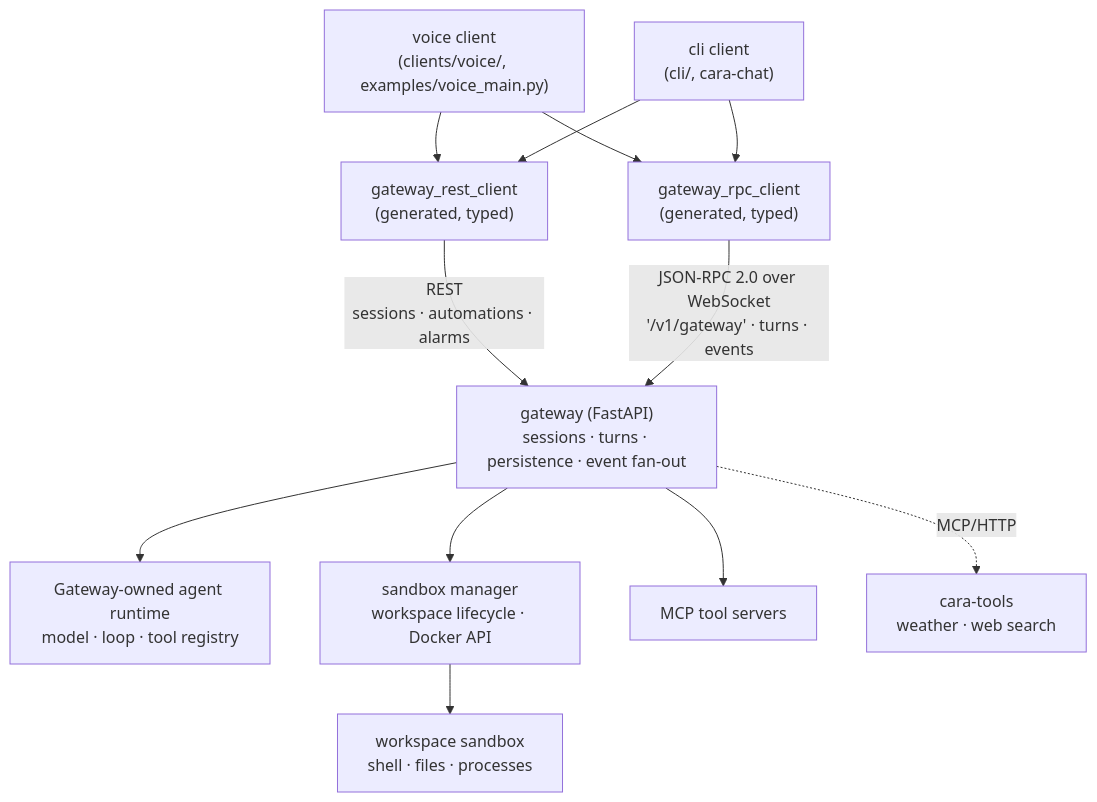
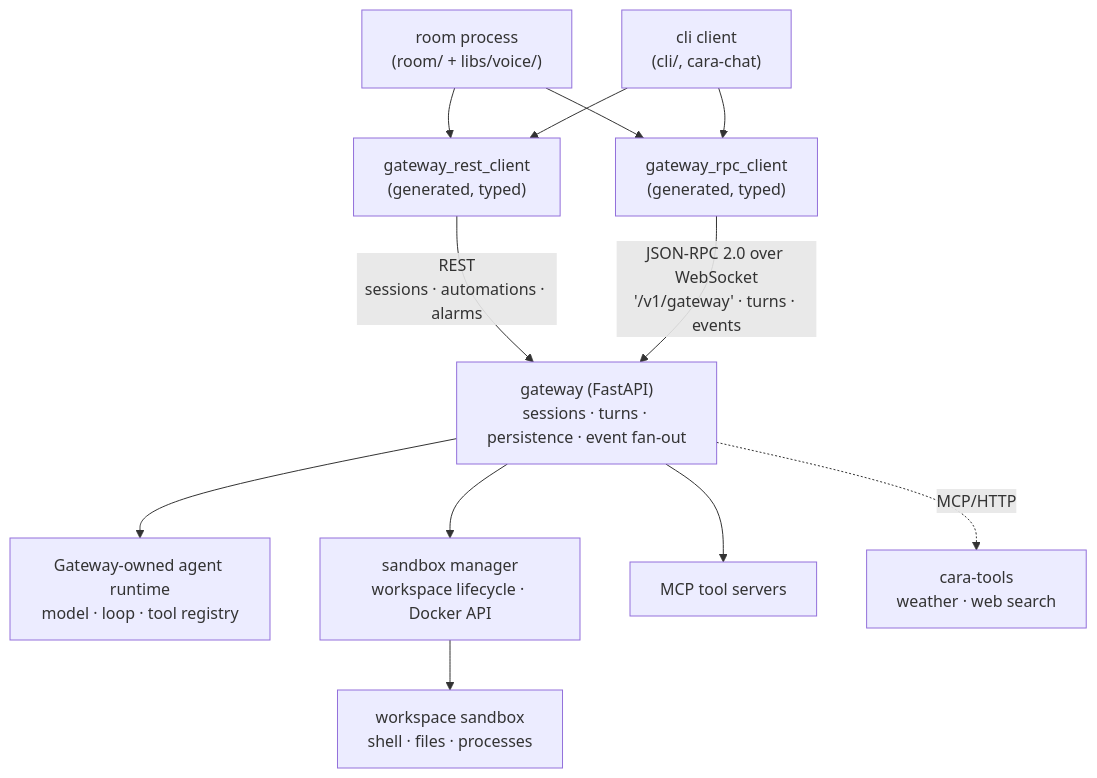
Before and after one commit to mathisarends/cara: the first of 2 diagrams in README.md, drawn with Mermaid. The commit also changed other lines of this file and 171 other files, not shown here.

Commit message:
Integrate voice into room runtime

````diff
--- a/README.md
+++ b/README.md
@@ -33,24 +33,24 @@
 ```mermaid
 flowchart TD
-    Voice["voice client<br/>(clients/voice/, examples/voice_main.py)"]
+    Room["room process<br/>(room/ + libs/voice/)"]
     Cli["cli client<br/>(cli/, cara-chat)"]
     Rest["gateway_rest_client<br/>(generated, typed)"]
     Rpc["gateway_rpc_client<br/>(generated, typed)"]
     Gateway["gateway (FastAPI)<br/>sessions · turns · persistence · event fan-out"]
     Agent["Gateway-owned agent runtime<br/>model · loop · tool registry"]
     Manager["sandbox manager<br/>workspace lifecycle · Docker API"]
     Sandbox["workspace sandbox<br/>shell · files · processes"]
     MCP["MCP tool servers"]
 
-    Voice --> Rest
-    Voice --> Rpc
+    Room --> Rest
+    Room --> Rpc
     Cli --> Rest
     Cli --> Rpc
     Rest -- "REST<br/>sessions · automations · alarms" --> Gateway
     Rpc -- "JSON-RPC 2.0 over WebSocket<br/>'/v1/gateway' · turns · events" --> Gateway
     Gateway --> Agent
     Gateway --> Manager
     Manager --> Sandbox
     Gateway --> MCP
     Gateway -. "MCP/HTTP" .-> CaraTools["cara-tools<br/>weather · web search"]
 ```
````
